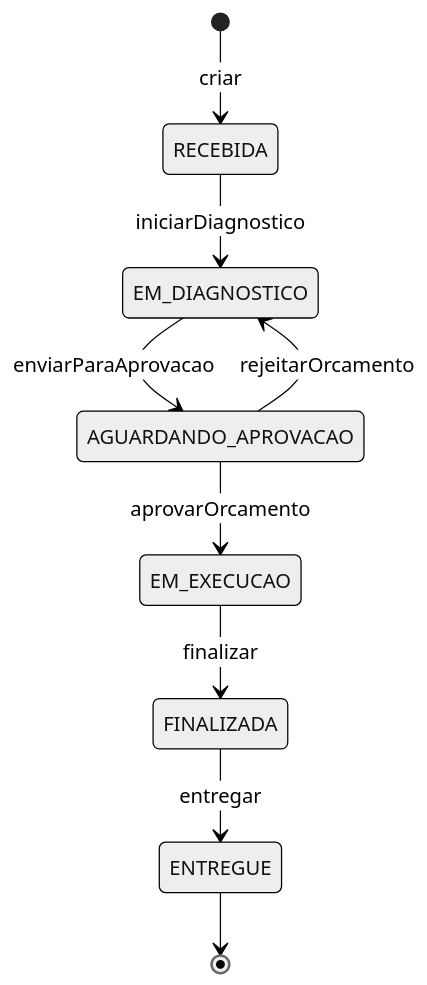
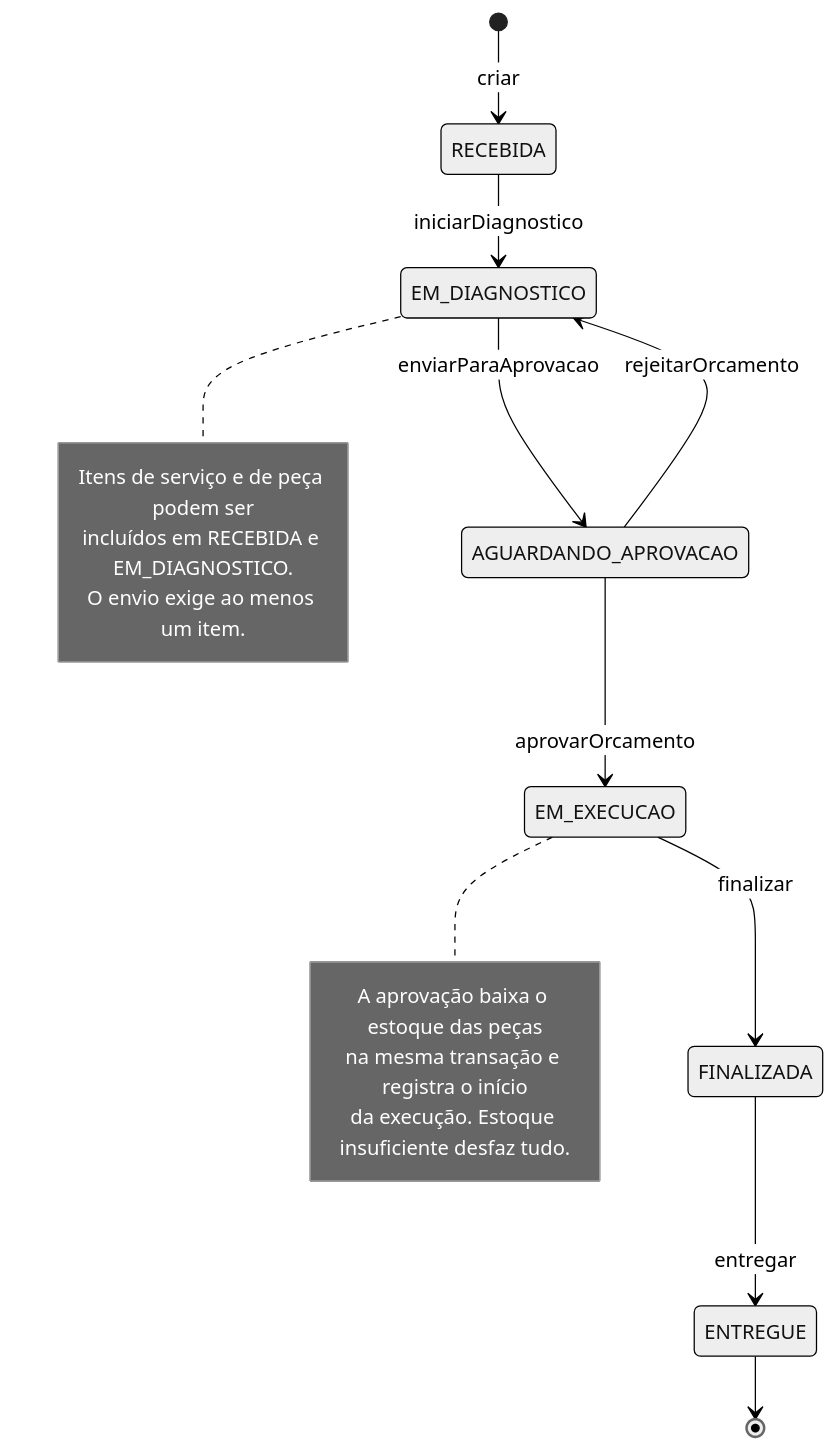
One commit to moacyrsz/oficina-api changed the fifth of 5 diagrams in docs/ddd/diagramas.md. Above: the diagram before and after it, drawn with Mermaid (neutral theme). The commit also changed other lines of this file and 35 other files, not shown here.

First line of the commit message:
docs: diagramas C4, de sequencia e de dados, DDD revisado e analise de vulnerabilidades

````diff
--- a/docs/ddd/diagramas.md
+++ b/docs/ddd/diagramas.md
@@ -104,11 +365,22 @@
 ```mermaid
 stateDiagram-v2
     [*] --> RECEBIDA: criar
     RECEBIDA --> EM_DIAGNOSTICO: iniciarDiagnostico
     EM_DIAGNOSTICO --> AGUARDANDO_APROVACAO: enviarParaAprovacao
     AGUARDANDO_APROVACAO --> EM_EXECUCAO: aprovarOrcamento
     AGUARDANDO_APROVACAO --> EM_DIAGNOSTICO: rejeitarOrcamento
     EM_EXECUCAO --> FINALIZADA: finalizar
     FINALIZADA --> ENTREGUE: entregar
     ENTREGUE --> [*]
+
+    note right of EM_DIAGNOSTICO
+        Itens de serviço e de peça podem ser
+        incluídos em RECEBIDA e EM_DIAGNOSTICO.
+        O envio exige ao menos um item.
+    end note
+    note right of EM_EXECUCAO
+        A aprovação baixa o estoque das peças
+        na mesma transação e registra o início
+        da execução. Estoque insuficiente desfaz tudo.
+    end note
 ```
````
